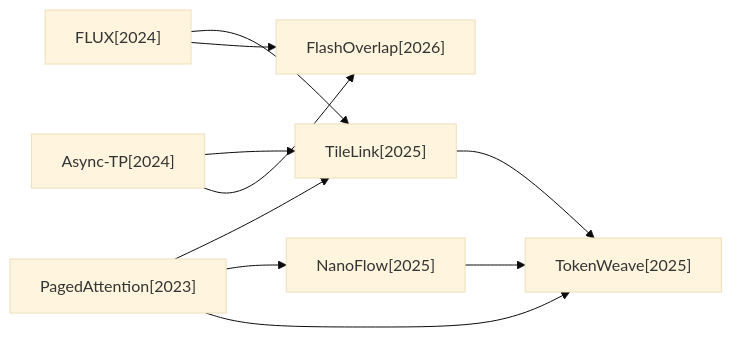
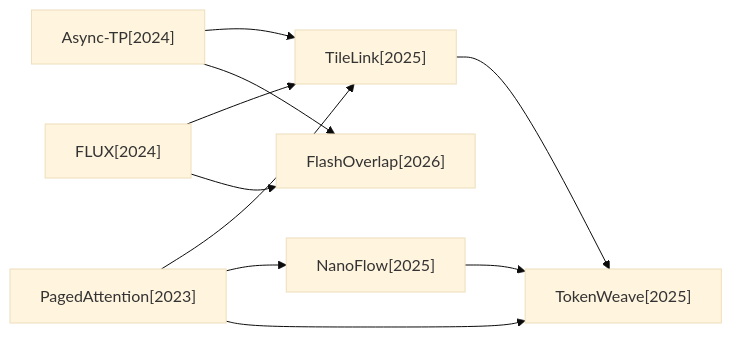
Before and after one commit to hustzxd/EfficientPaper: the first of 4 diagrams in docs/baseline_methods_graph.md, drawn with Mermaid (base theme). The commit also changed other lines of this file and 3 other files, not shown here.

````diff
--- a/docs/baseline_methods_graph.md
+++ b/docs/baseline_methods_graph.md
@@ -7,19 +7,19 @@
 ```mermaid
 flowchart LR
+    2024_Async_TP["Async-TP[2024]"]
+    2024_FLUX["FLUX[2024]"]
+    2025_TokenWeave["TokenWeave[2025]"]
+    2025_TileLink["TileLink[2025]"]
+    2023_PagedAttention["PagedAttention[2023]"]
     2025_NanoFlow["NanoFlow[2025]"]
     2026_FlashOverlap["FlashOverlap[2026]"]
-    2025_TileLink["TileLink[2025]"]
-    2024_FLUX["FLUX[2024]"]
-    2025_TokenWeave["TokenWeave[2025]"]
-    2024_Async_TP["Async-TP[2024]"]
-    2023_PagedAttention["PagedAttention[2023]"]
-    2025_NanoFlow --> 2025_TokenWeave
-    2025_TileLink --> 2025_TokenWeave
+    2024_Async_TP --> 2025_TileLink
+    2024_Async_TP --> 2026_FlashOverlap
     2024_FLUX --> 2025_TileLink
     2024_FLUX --> 2026_FlashOverlap
-    2024_Async_TP --> 2025_TileLink
-    2024_Async_TP --> 2026_FlashOverlap
+    2025_TileLink --> 2025_TokenWeave
     2023_PagedAttention --> 2025_TileLink
     2023_PagedAttention --> 2025_NanoFlow
     2023_PagedAttention --> 2025_TokenWeave
+    2025_NanoFlow --> 2025_TokenWeave
 ```
````
